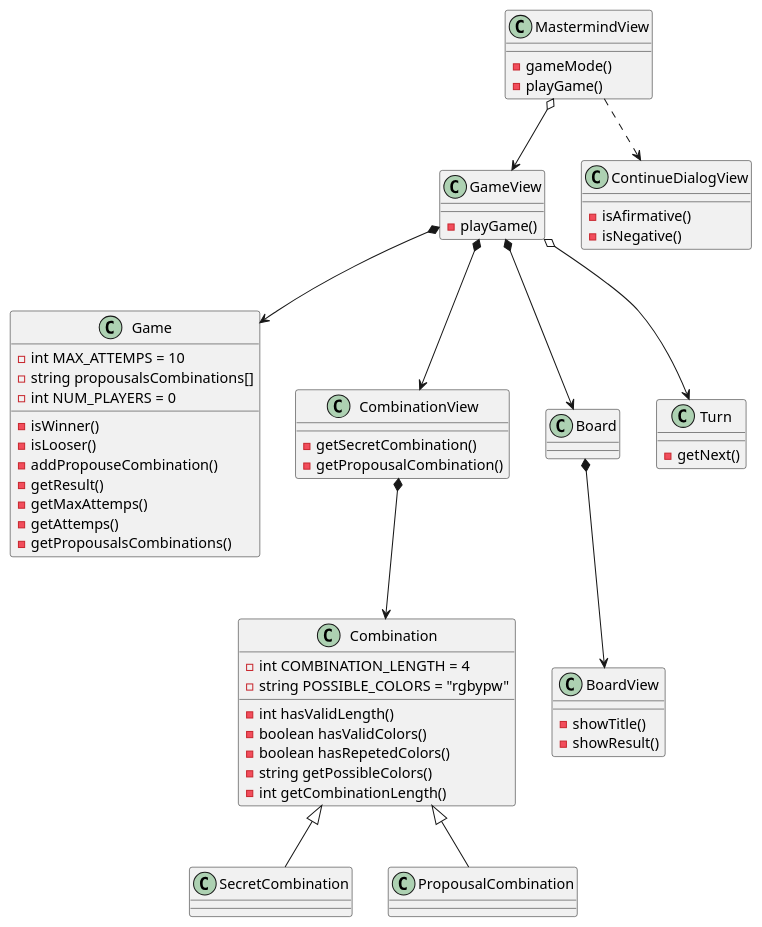
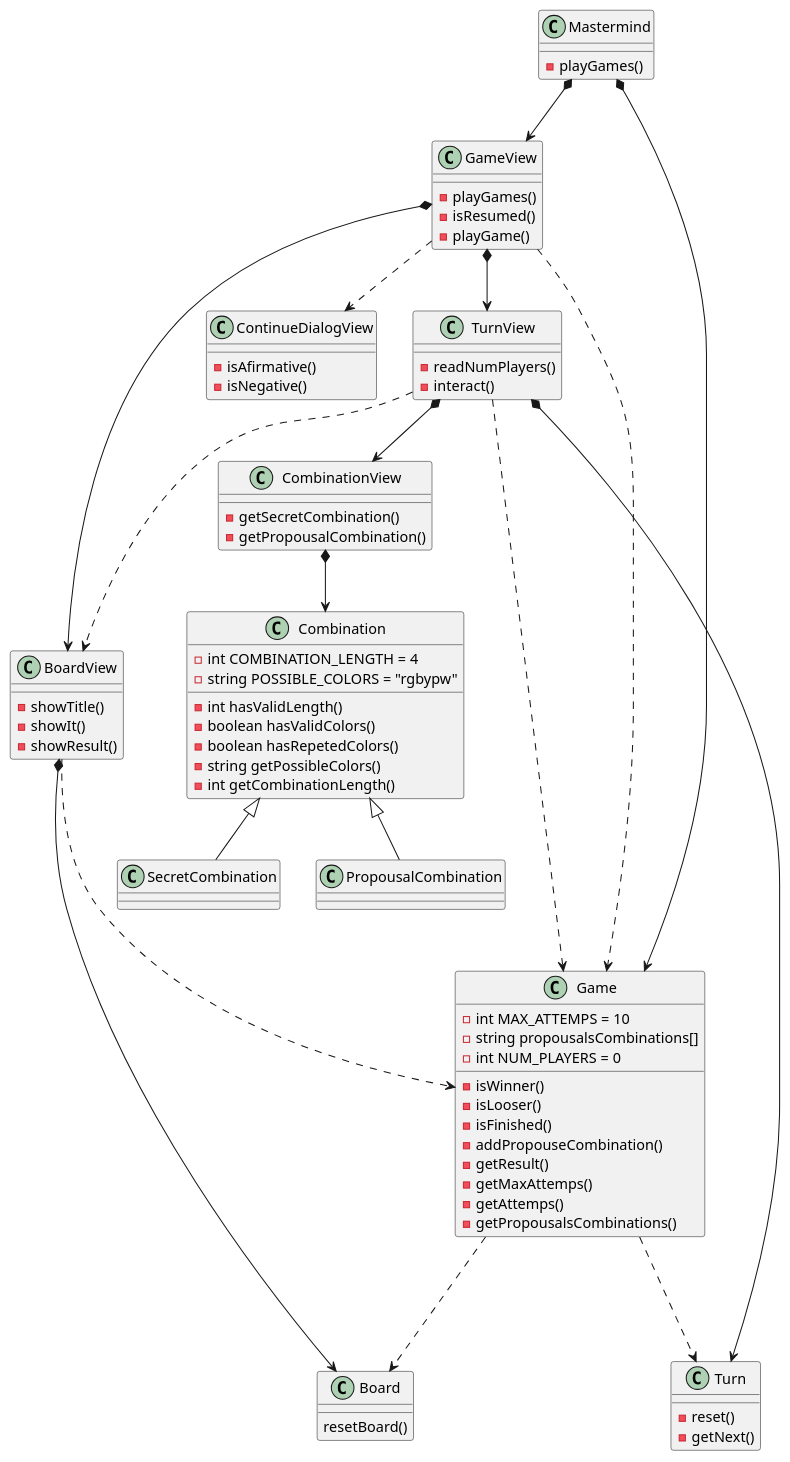
One commit to garmitano/MasterPyD---Games changed the diagram in doc/uml/mastermaind_clases.plantuml. Above: the diagram before and after it, drawn with PlantUML. The commit also changed 7 other files, not shown here.

Commit message:
se reprogamo segun el digrama uml, y comence a usar import

```diff
--- a/doc/uml/mastermaind_clases.plantuml
+++ b/doc/uml/mastermaind_clases.plantuml
@@ -1,80 +1,99 @@
 @startuml mastermind_clases
 
-class MastermindView{
-    - gameMode()
-    - playGame()
+class Mastermind{
+    - playGames()
 }
 
 class Game {
     - int MAX_ATTEMPS = 10
     - string propousalsCombinations[]
     - int NUM_PLAYERS = 0
     - isWinner()
     - isLooser()
+    - isFinished()
     - addPropouseCombination()
     - getResult()
     - getMaxAttemps()
     - getAttemps()
     - getPropousalsCombinations()
 }
 
 class Combination{
     - int COMBINATION_LENGTH = 4
     - string POSSIBLE_COLORS = "rgbypw"
     - int hasValidLength()
     - boolean hasValidColors()
     - boolean hasRepetedColors()
     - string getPossibleColors()
     - int getCombinationLength()
 
 } 
 
 class CombinationView{
     - getSecretCombination()
     - getPropousalCombination()
 }
 
 
 class GameView{
+    - playGames()
+    - isResumed()
     - playGame()
 }
 
 class Board{
+    resetBoard()
+}
+
+class TurnView{
+    - readNumPlayers()
+    - interact()
 
 }
 
 class Turn{
+    - reset()
     - getNext()
 }
 
 class BoardView{
     - showTitle()
+    - showIt()
     - showResult()
 }
 
 class ContinueDialogView{
     - isAfirmative()
     - isNegative()
 }
 
 class SecretCombination{
 
 }
 class PropousalCombination{
 
 }
 
-MastermindView .down.> ContinueDialogView
-MastermindView o-down-> GameView
+Mastermind *-down-> GameView
+Mastermind *-down-> Game
 
-GameView *-down-> Game
-GameView *-down-> CombinationView
-GameView *-down-> Board
-GameView o-down-> Turn
+GameView .down.> ContinueDialogView
+GameView *-down-> BoardView
+GameView *-down-> TurnView
+GameView .-down-> Game
 
-Board *-down-> BoardView
+Game .-down-> Turn
+Game .-down-> Board
+
+BoardView *-down-> Board
+BoardView .-down-> Game
+
+TurnView *-down-> Turn
+TurnView .-down-> BoardView
+TurnView *-down-> CombinationView
+TurnView .-down-> Game
 
 CombinationView *-down-> Combination
 Combination <|-down- SecretCombination
 Combination <|-down- PropousalCombination
 @enduml
```
